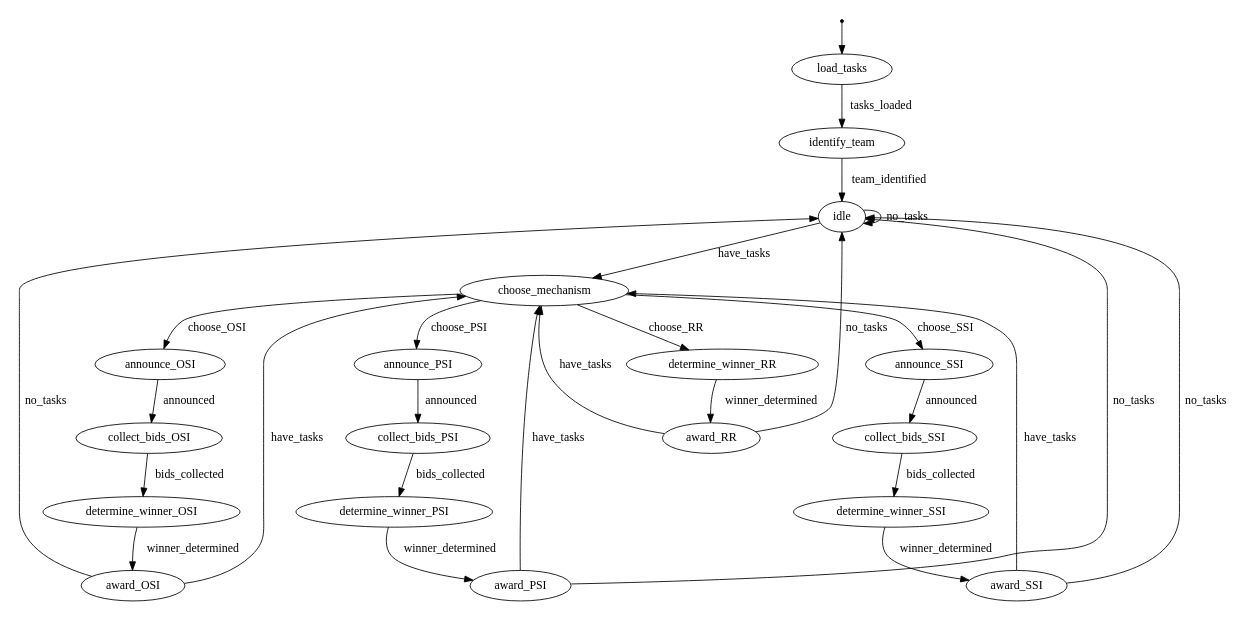
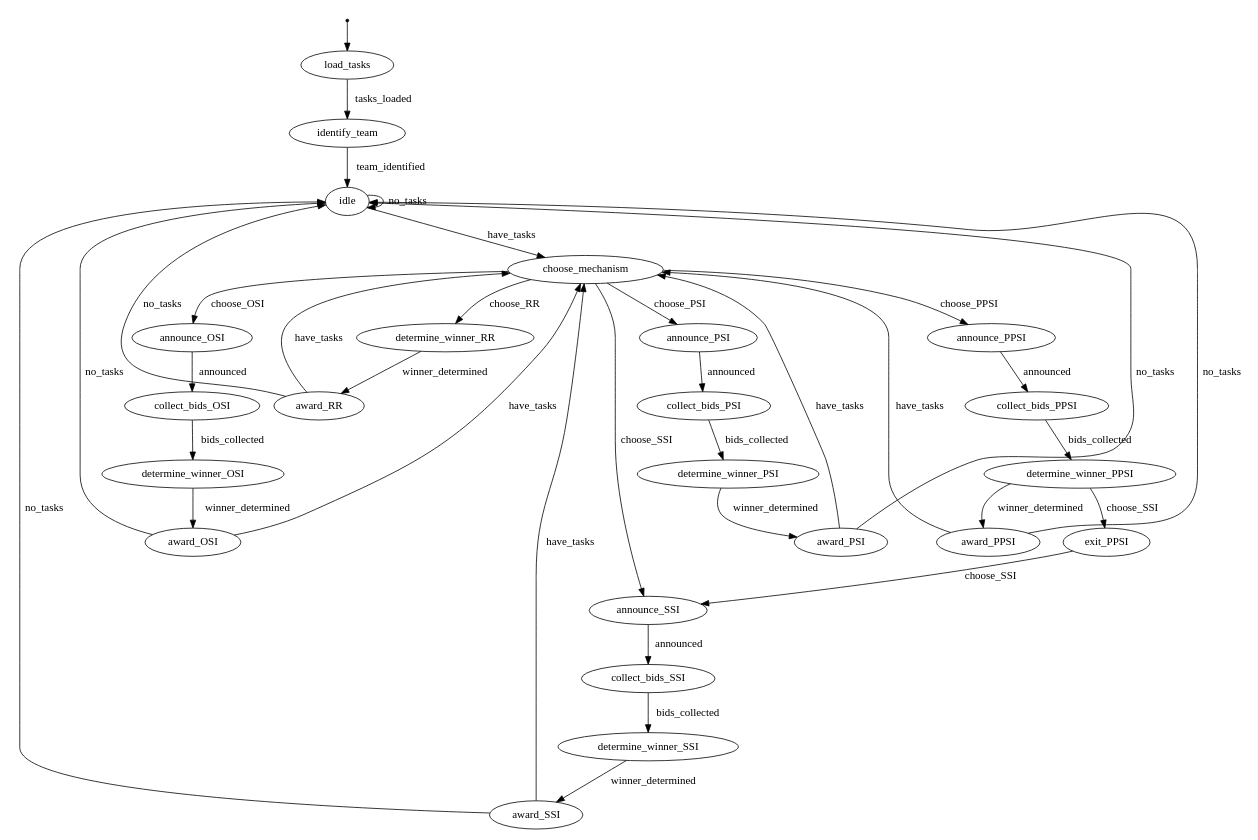
Before and after one commit to nitsuga/MRTeAm: the diagram in docs/auctioneer-fsm.dot, drawn with Graphviz. The commit also changed 2 other files, not shown here.

Commit message:
New 'PPSI' (Pre/pseudo-PSI) mechanism added.

```diff
--- a/docs/auctioneer-fsm.dot
+++ b/docs/auctioneer-fsm.dot
@@ -1,66 +1,80 @@
 digraph auctioneer {
 #	rankdir=LR;
 	size="8,12"
 
 	# node [style=invis] START;
 	node [shape=point] start;
 	node [shape=ellipse, label="load_tasks"] load_tasks;
 	node [shape=ellipse, label="identify_team"] identify_team;
 
 	node [shape=ellipse, label="announce_OSI"] announce_OSI;
 	node [shape=ellipse, label="collect_bids_OSI"] collect_bids_OSI;
 	node [shape=ellipse, label="determine_winner_OSI"] determine_winner_OSI;
 	node [shape=ellipse, label="award_OSI"] award_OSI;
 
 	node [shape=ellipse, label="announce_PSI"] announce_PSI;
 	node [shape=ellipse, label="collect_bids_PSI"] collect_bids_PSI;
 	node [shape=ellipse, label="determine_winner_PSI"] determine_winner_PSI;
 	node [shape=ellipse, label="award_PSI"] award_PSI;
 
+	node [shape=ellipse, label="announce_PPSI"] announce_PPSI;
+	node [shape=ellipse, label="collect_bids_PPSI"] collect_bids_PPSI;
+	node [shape=ellipse, label="determine_winner_PPSI"] determine_winner_PPSI;
+	node [shape=ellipse, label="exit_PPSI"] exit_PPSI;
+	node [shape=ellipse, label="award_PPSI"] award_PPSI;
 
 	node [shape=ellipse, label="announce_SSI"] announce_SSI;
 	node [shape=ellipse, label="collect_bids_SSI"] collect_bids_SSI;
 	node [shape=ellipse, label="determine_winner_SSI"] determine_winner_SSI;
 	node [shape=ellipse, label="award_SSI"] award_SSI;
 
 
 	node [shape=ellipse, label="determine_winner_RR"] determine_winner_RR;
 	node [shape=ellipse, label="award_RR"] award_RR;
 	
 	node [shape=ellipse, label="idle"] idle;
 	node [shapr=ellipse, label="choose_mechanism"] choose_mechanism;
 	
 	start                -> load_tasks;
 	load_tasks           -> identify_team [label="tasks_loaded"];
 	identify_team        -> idle [label="team_identified"];
 
 	idle                 -> choose_mechanism [label="have_tasks"];
 
 	choose_mechanism     -> announce_OSI [label="choose_OSI"];
 	announce_OSI         -> collect_bids_OSI [label="announced"];
 	collect_bids_OSI     -> determine_winner_OSI [label="bids_collected"];
 	determine_winner_OSI -> award_OSI [label="winner_determined"];
 	award_OSI            -> choose_mechanism [label="have_tasks"];
 	award_OSI            -> idle [label="no_tasks"];
 
 	choose_mechanism     -> announce_PSI [label="choose_PSI"];
 	announce_PSI         -> collect_bids_PSI [label="announced"];
 	collect_bids_PSI     -> determine_winner_PSI [label="bids_collected"];
 	determine_winner_PSI -> award_PSI [label="winner_determined"];
 	award_PSI            -> choose_mechanism [label="have_tasks"];
 	award_PSI            -> idle [label="no_tasks"];
 
+	choose_mechanism      -> announce_PPSI [label="choose_PPSI"];
+	announce_PPSI         -> collect_bids_PPSI [label="announced"];
+	collect_bids_PPSI     -> determine_winner_PPSI [label="bids_collected"];
+	determine_winner_PPSI -> award_PPSI [label="winner_determined"];
+	determine_winner_PPSI -> exit_PPSI [label="choose_SSI"];
+	exit_PPSI             -> announce_SSI [label="choose_SSI"];
+	award_PPSI            -> choose_mechanism [label="have_tasks"];
+	award_PPSI            -> idle [label="no_tasks"];
+
 	choose_mechanism     -> announce_SSI [label="choose_SSI"];
 	announce_SSI         -> collect_bids_SSI [label="announced"];
 	collect_bids_SSI     -> determine_winner_SSI [label="bids_collected"];
 	determine_winner_SSI -> award_SSI [label="winner_determined"];
 	award_SSI            -> choose_mechanism [label="have_tasks"];
 	award_SSI            -> idle [label="no_tasks"];
 	
 	choose_mechanism     -> determine_winner_RR [label="choose_RR"];
 	determine_winner_RR  -> award_RR [label="winner_determined"];
 	award_RR             -> choose_mechanism [label="have_tasks"];
 	award_RR             -> idle [label="no_tasks"];
 	
 	idle                 -> idle [label="no_tasks"];
 }
```
